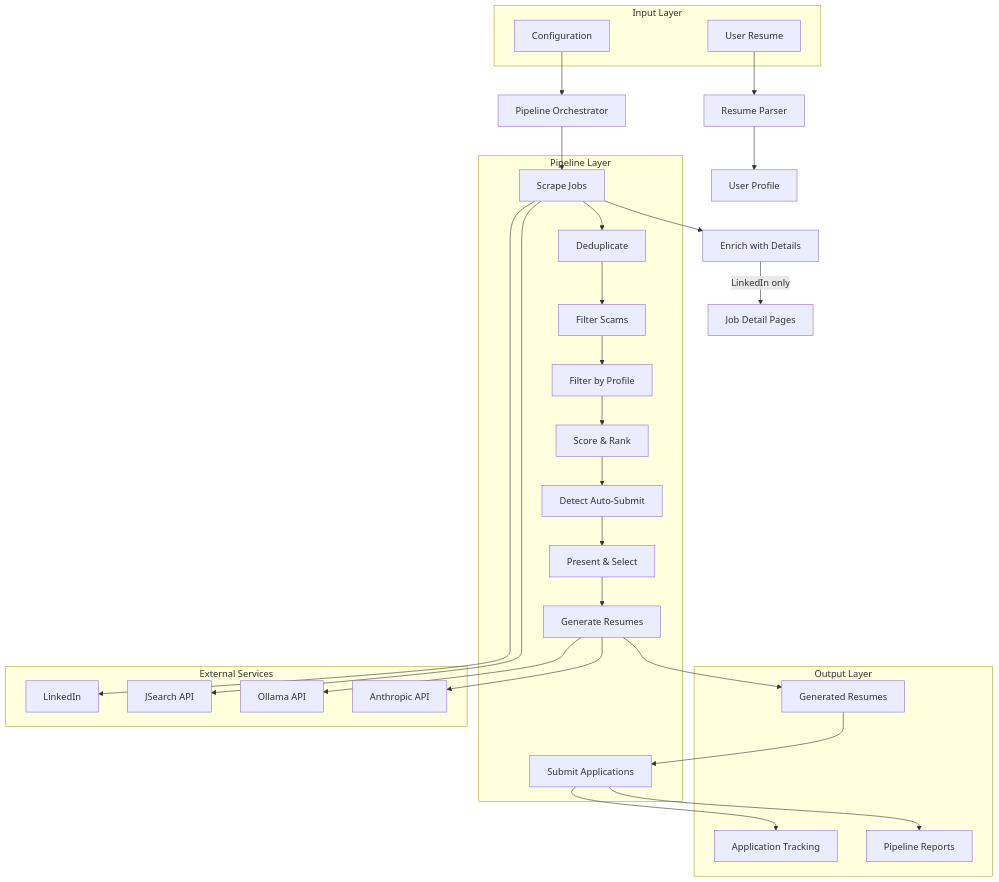
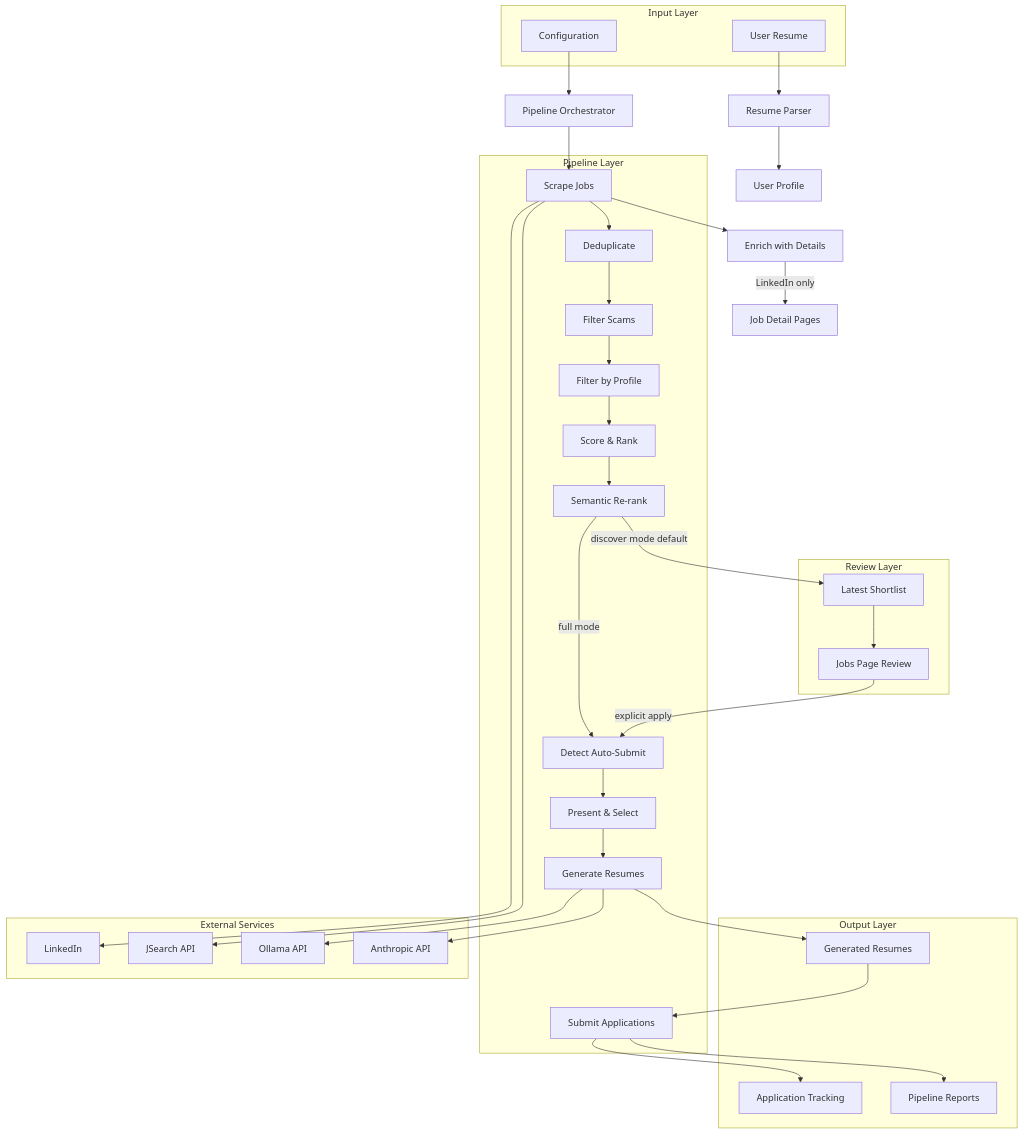
Before and after one commit to neoncircuit/job-raider: the first of 11 diagrams in docs/architecture.md, drawn with Mermaid. The commit also changed other lines of this file and 30 other files, not shown here.

First line of the commit message:
feat: default pipeline to discover-then-review on Jobs

````diff
--- a/docs/architecture.md
+++ b/docs/architecture.md
@@ -50,52 +50,62 @@
 ```mermaid
 graph TB
     subgraph "Input Layer"
         Resume[User Resume]
         Config[Configuration]
     end
 
     subgraph "Pipeline Layer"
         Scrape[Scrape Jobs]
         Dedupe[Deduplicate]
         FilterScam[Filter Scams]
         FilterProfile[Filter by Profile]
         Score[Score & Rank]
+        RagRank[Semantic Re-rank]
         DetectAuto[Detect Auto-Submit]
         Select[Present & Select]
         Generate[Generate Resumes]
         Submit[Submit Applications]
+    end
+
+    subgraph "Review Layer"
+        Shortlist[Latest Shortlist]
+        JobsUI[Jobs Page Review]
     end
 
     subgraph "Output Layer"
         Resumes[Generated Resumes]
         Tracking[Application Tracking]
         Reports[Pipeline Reports]
     end
 
     subgraph "External Services"
         LinkedIn[LinkedIn]
         JSearch[JSearch API]
         Ollama[Ollama API]
         Anthropic[Anthropic API]
     end
 
     Resume --> Parse[Resume Parser]
     Config --> Orchestrator[Pipeline Orchestrator]
     Parse --> UserProfile[User Profile]
 
     Orchestrator --> Scrape
     Scrape --> LinkedIn & JSearch
     Scrape --> EnrichDetails[Enrich with Details]
     EnrichDetails -->|LinkedIn only| DetailPages[Job Detail Pages]
     Scrape --> Dedupe
     Dedupe --> FilterScam
     FilterScam --> FilterProfile
     FilterProfile --> Score
-    Score --> DetectAuto
+    Score --> RagRank
+    RagRank -->|discover mode default| Shortlist
+    Shortlist --> JobsUI
+    JobsUI -->|explicit apply| DetectAuto
+    RagRank -->|full mode| DetectAuto
     DetectAuto --> Select
     Select --> Generate
     Generate --> Ollama & Anthropic
     Generate --> Resumes
     Resumes --> Submit
     Submit --> Tracking & Reports
 ```
````
